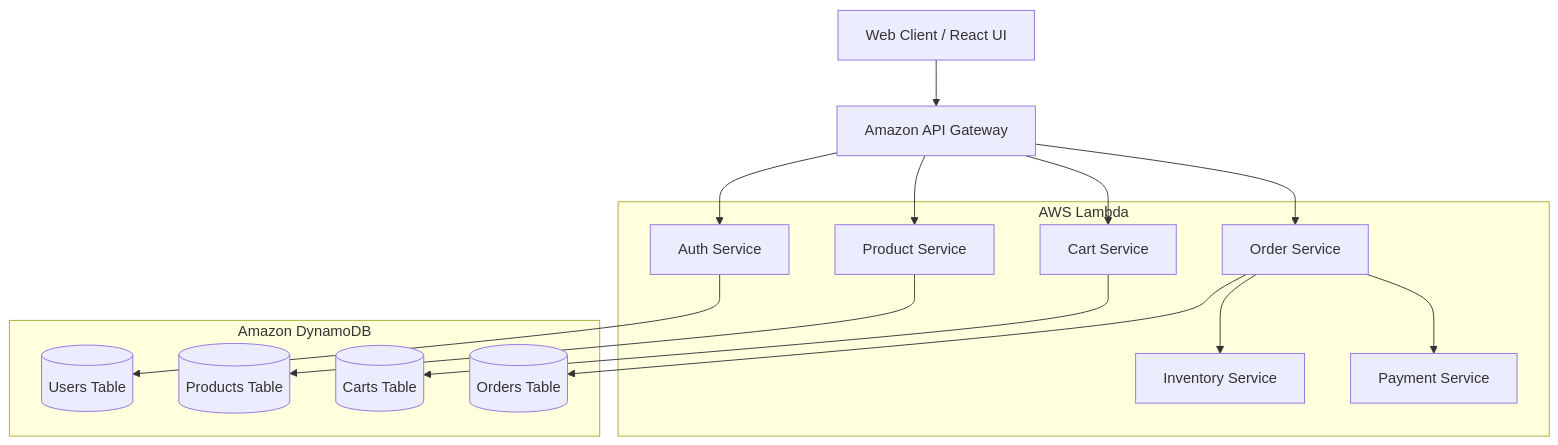
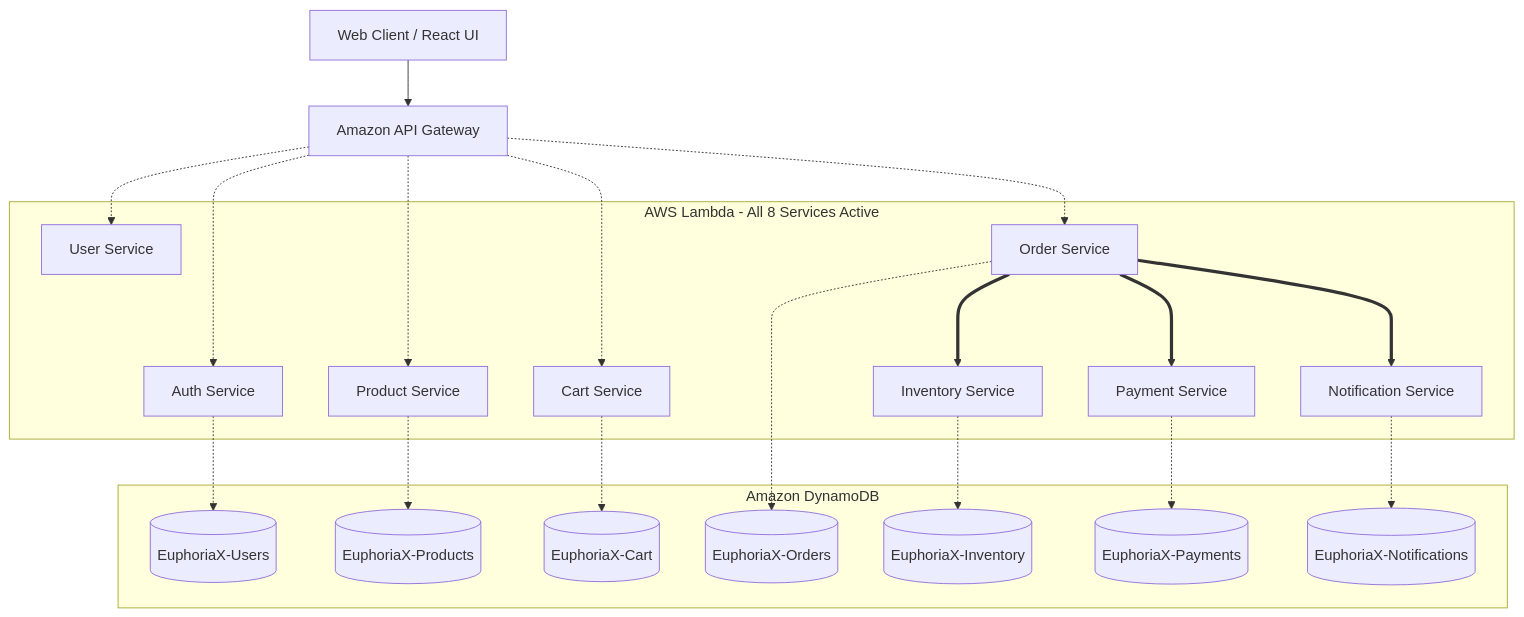
The diagram in README.md (kanishgask/Ecommerce_EuphoriaX), drawn with Mermaid before and after one commit. The commit also changed other lines of this file, not shown here.

Commit message:
docs: Upgrade README to explicitly highlight 8 services, 7 tables, and production readiness

````diff
--- a/README.md
+++ b/README.md
@@ -109,33 +28,37 @@
 ```mermaid
 graph TD
     Client[Web Client / React UI] --> APIG[Amazon API Gateway]
     
-    subgraph Microservices [AWS Lambda]
+    subgraph Deployed Microservices [AWS Lambda - All 8 Services Active]
         Auth[Auth Service]
+        User[User Service]
         Product[Product Service]
         Cart[Cart Service]
         Order[Order Service]
         Inventory[Inventory Service]
         Payment[Payment Service]
+        Notify[Notification Service]
     end
     
-    subgraph Database [Amazon DynamoDB]
-        UserDB[(Users Table)]
-        ProductDB[(Products Table)]
-        CartDB[(Carts Table)]
-        OrderDB[(Orders Table)]
+    subgraph Persistance Layer [Amazon DynamoDB]
+        db1[(EuphoriaX-Users)]
+        db2[(EuphoriaX-Products)]
+        db3[(EuphoriaX-Cart)]
+        db4[(EuphoriaX-Orders)]
+        db5[(EuphoriaX-Inventory)]
+        db6[(EuphoriaX-Payments)]
+        db7[(EuphoriaX-Notifications)]
     end
     
-    APIG --> Auth
-    APIG --> Product
-    APIG --> Cart
-    APIG --> Order
+    APIG -.-> Auth & User & Product & Cart & Order
     
-    Auth --> UserDB
-    Product --> ProductDB
-    Cart --> CartDB
-    Order --> OrderDB
+    Auth -.-> db1
+    Product -.-> db2
+    Cart -.-> db3
+    Order -.-> db4
+    Inventory -.-> db5
+    Payment -.-> db6
+    Notify -.-> db7
     
-    Order --> Inventory
-    Order --> Payment
+    Order ===> Inventory & Payment & Notify
 ```
````
